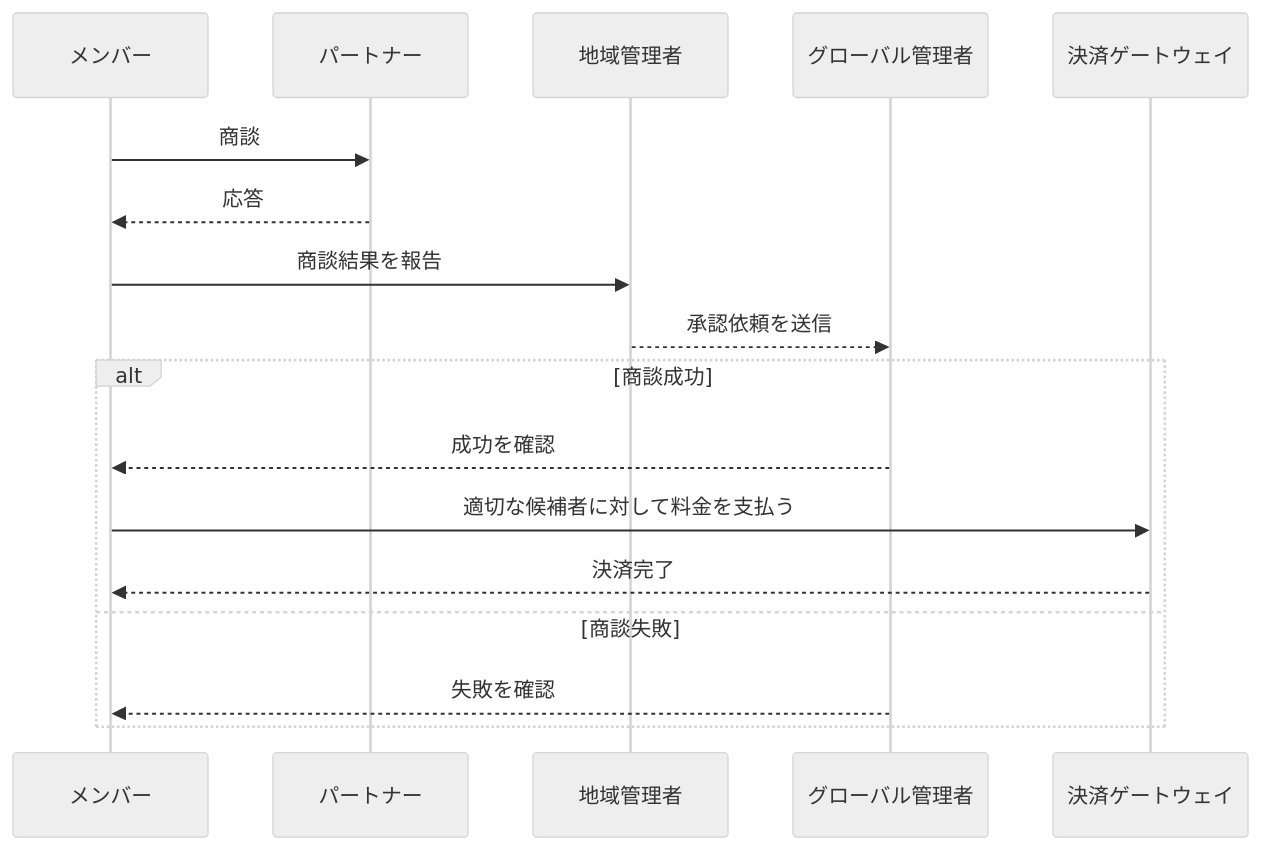
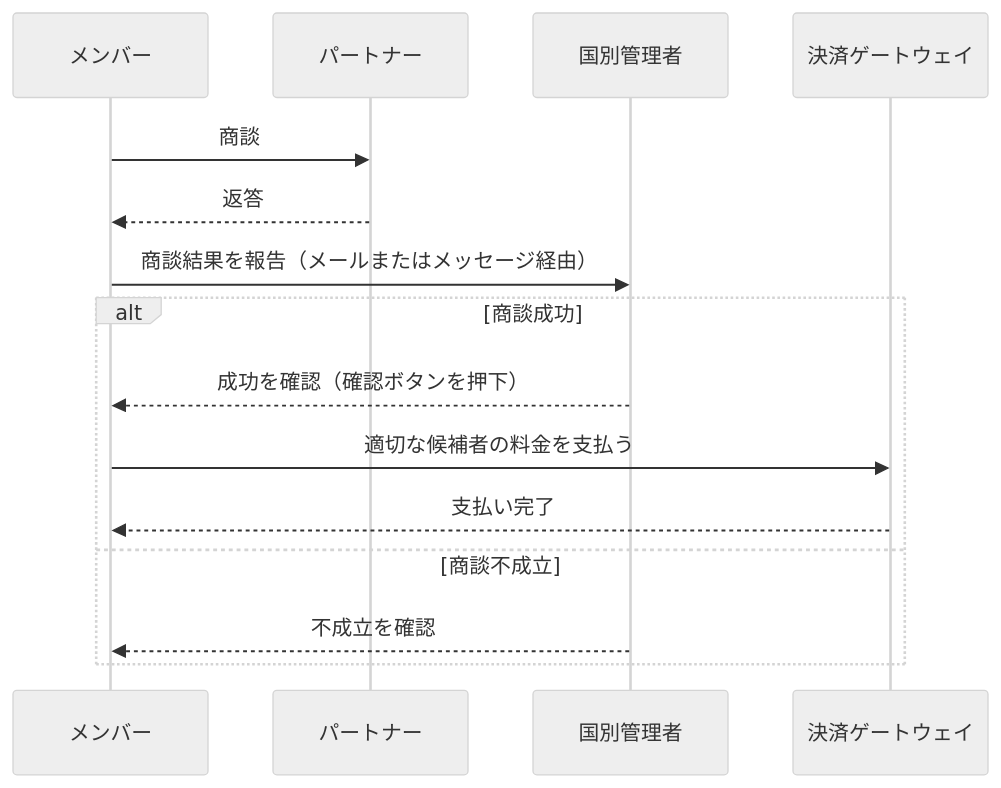
Before and after one commit to yopaz-tuanta/aloha-mermaid: the diagram in pay_jp.mmd, drawn with Mermaid (neutral theme). The commit also changed 3 other files, not shown here.

```diff
--- a/pay_jp.mmd
+++ b/pay_jp.mmd
@@ -1,20 +1,18 @@
 sequenceDiagram
     participant M as メンバー
     participant P as パートナー
-    participant CA as 地域管理者
-    participant GA as グローバル管理者
+    participant CA as 国別管理者
     participant Pay as 決済ゲートウェイ
 
     M->>P: 商談
-    P-->>M: 応答
+    P-->>M: 返答
 
-    M->>CA: 商談結果を報告
-    CA-->>GA: 承認依頼を送信
+    M->>CA: 商談結果を報告（メールまたはメッセージ経由）
 
     alt 商談成功
-        GA-->>M: 成功を確認
-        M->>Pay: 適切な候補者に対して料金を支払う
-        Pay-->>M: 決済完了
-    else 商談失敗
-        GA-->>M: 失敗を確認
+        CA-->>M: 成功を確認（確認ボタンを押下）
+        M->>Pay: 適切な候補者の料金を支払う
+        Pay-->>M: 支払い完了
+    else 商談不成立
+        CA-->>M: 不成立を確認
     end
```
